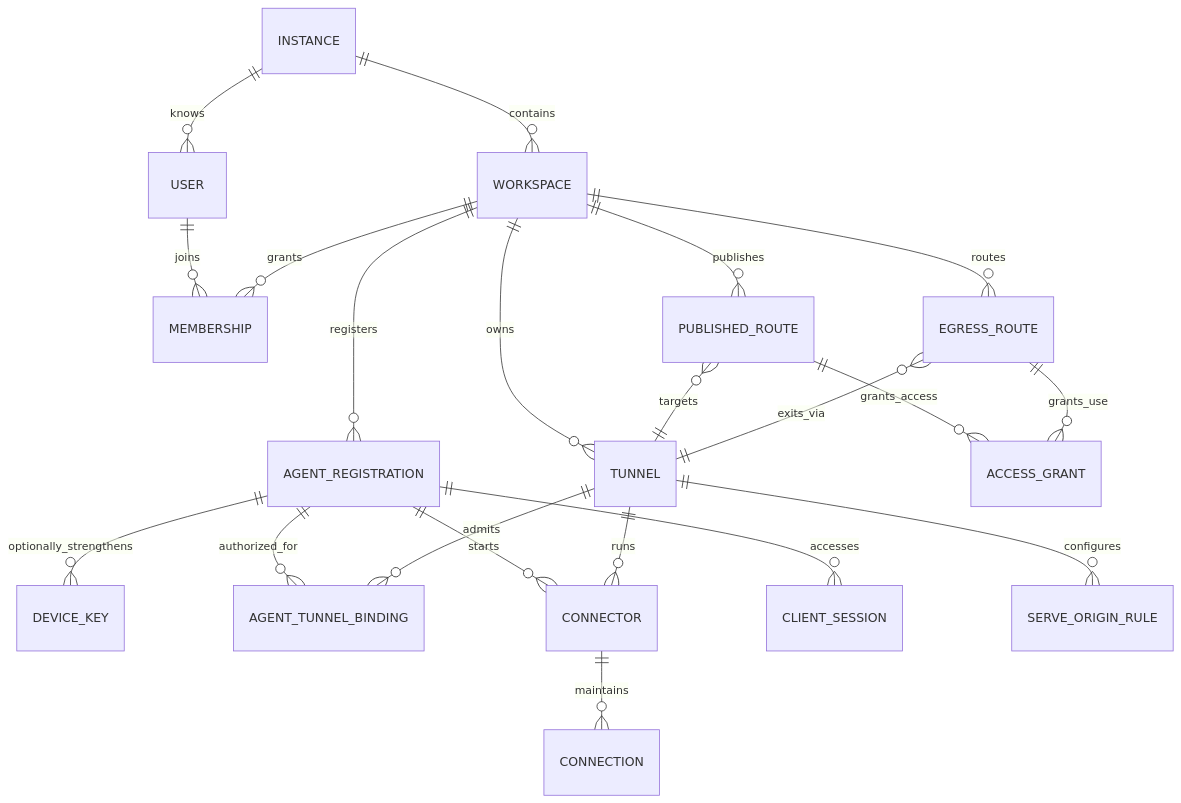
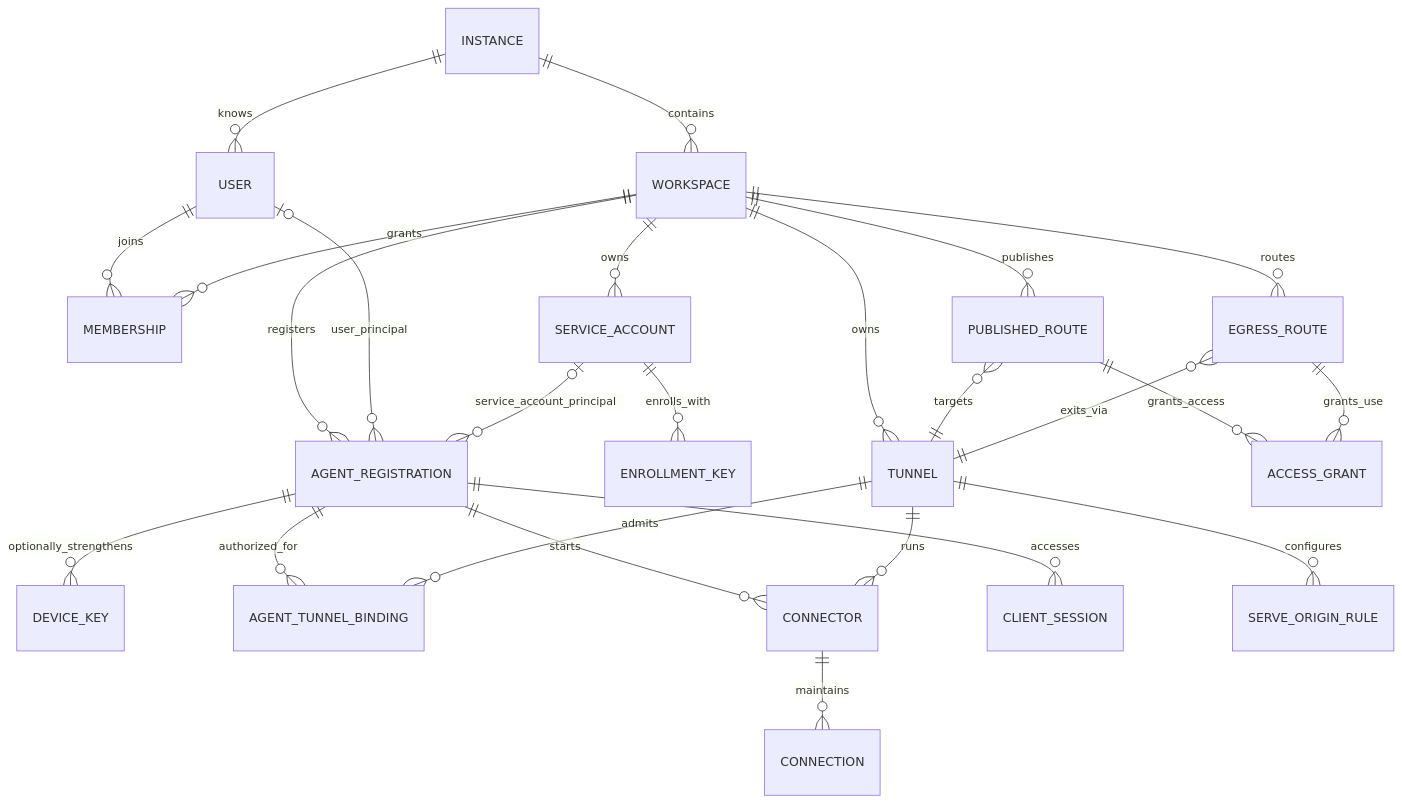
One commit to Bit-Precise/agentd changed the second of 4 diagrams in docs/agents-agentd-architecture.md. Above: the diagram before and after it, drawn with Mermaid. The commit also changed other lines of this file and 4 other files, not shown here.

Commit message:
docs: align agentd identity and OAuth device flow design

````diff
--- a/docs/agents-agentd-architecture.md
+++ b/docs/agents-agentd-architecture.md
@@ -193,23 +199,27 @@
 ```mermaid
 erDiagram
     INSTANCE ||--o{ WORKSPACE : contains
     INSTANCE ||--o{ USER : knows
     USER ||--o{ MEMBERSHIP : joins
     WORKSPACE ||--o{ MEMBERSHIP : grants
+    WORKSPACE ||--o{ SERVICE_ACCOUNT : owns
     WORKSPACE ||--o{ AGENT_REGISTRATION : registers
+    USER o|--o{ AGENT_REGISTRATION : user_principal
+    SERVICE_ACCOUNT o|--o{ AGENT_REGISTRATION : service_account_principal
+    SERVICE_ACCOUNT ||--o{ ENROLLMENT_KEY : enrolls_with
     WORKSPACE ||--o{ TUNNEL : owns
     AGENT_REGISTRATION ||--o{ DEVICE_KEY : optionally_strengthens
     AGENT_REGISTRATION ||--o{ AGENT_TUNNEL_BINDING : authorized_for
     TUNNEL ||--o{ AGENT_TUNNEL_BINDING : admits
     AGENT_REGISTRATION ||--o{ CONNECTOR : starts
     AGENT_REGISTRATION ||--o{ CLIENT_SESSION : accesses
     TUNNEL ||--o{ CONNECTOR : runs
     CONNECTOR ||--o{ CONNECTION : maintains
     TUNNEL ||--o{ SERVE_ORIGIN_RULE : configures
     WORKSPACE ||--o{ PUBLISHED_ROUTE : publishes
     PUBLISHED_ROUTE }o--|| TUNNEL : targets
     PUBLISHED_ROUTE ||--o{ ACCESS_GRANT : grants_access
     WORKSPACE ||--o{ EGRESS_ROUTE : routes
     EGRESS_ROUTE }o--|| TUNNEL : exits_via
     EGRESS_ROUTE ||--o{ ACCESS_GRANT : grants_use
 ```
````
